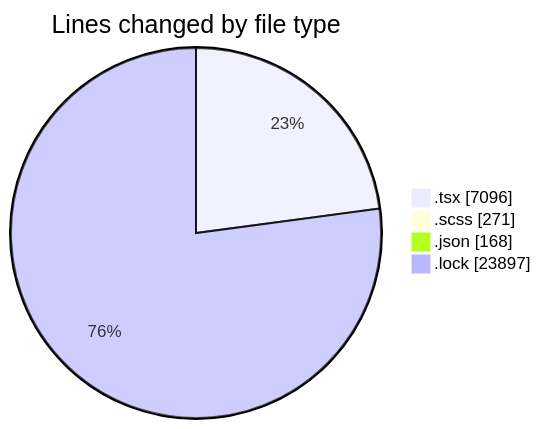
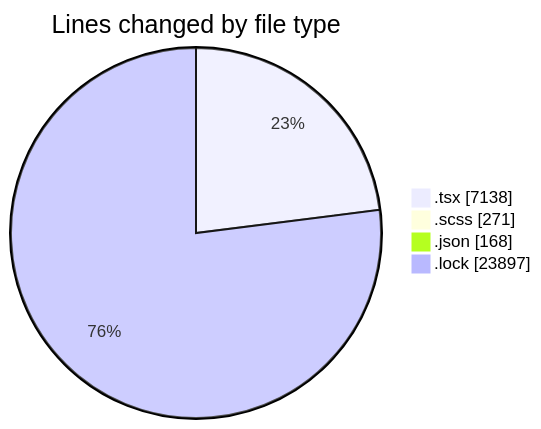
Before and after one commit to momahboobian/code-tracking: the first of 2 diagrams in 2025-11-18/cda/README.md, drawn with Mermaid. The commit also changed other lines of this file and 1 other file, not shown here.

````diff
--- a/2025-11-18/cda/README.md
+++ b/2025-11-18/cda/README.md
@@ -34,8 +34,8 @@
 ```mermaid
 pie showData
 title Lines changed by file type
-".tsx" : 7096
+".tsx" : 7138
 ".scss" : 271
 ".json" : 168
 ".lock" : 23897
 ```
````
